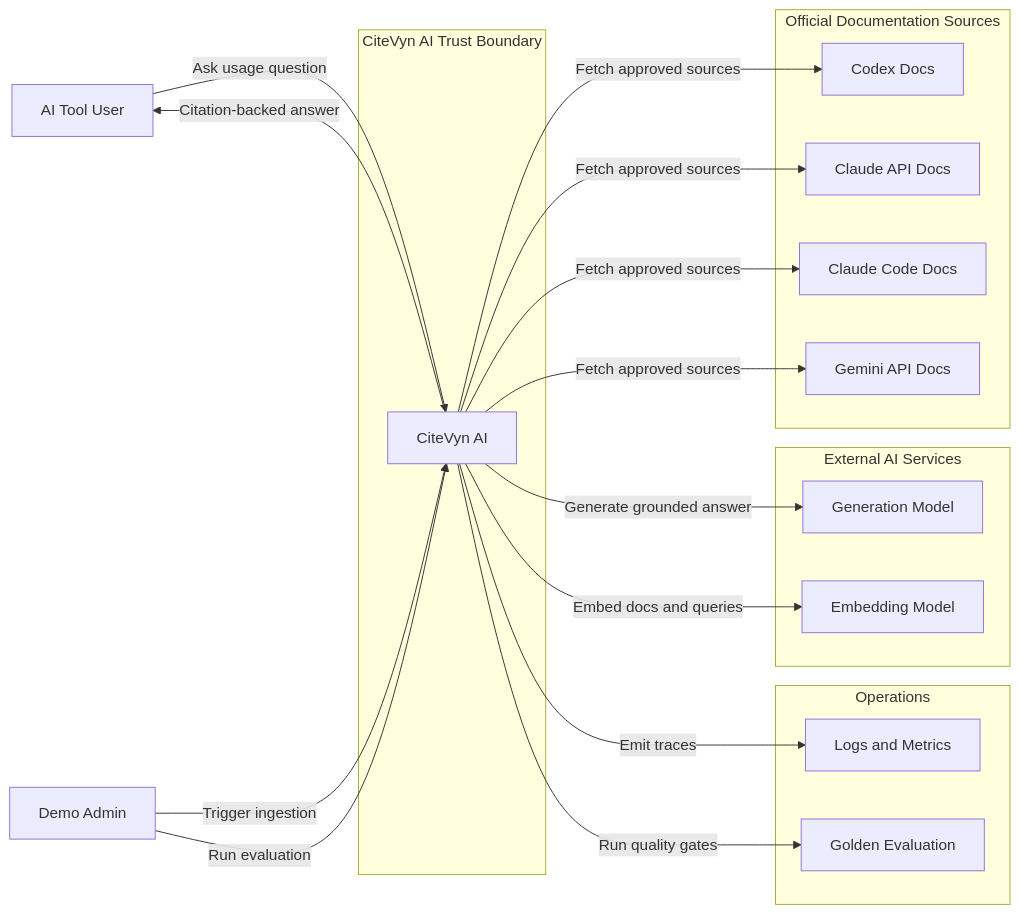
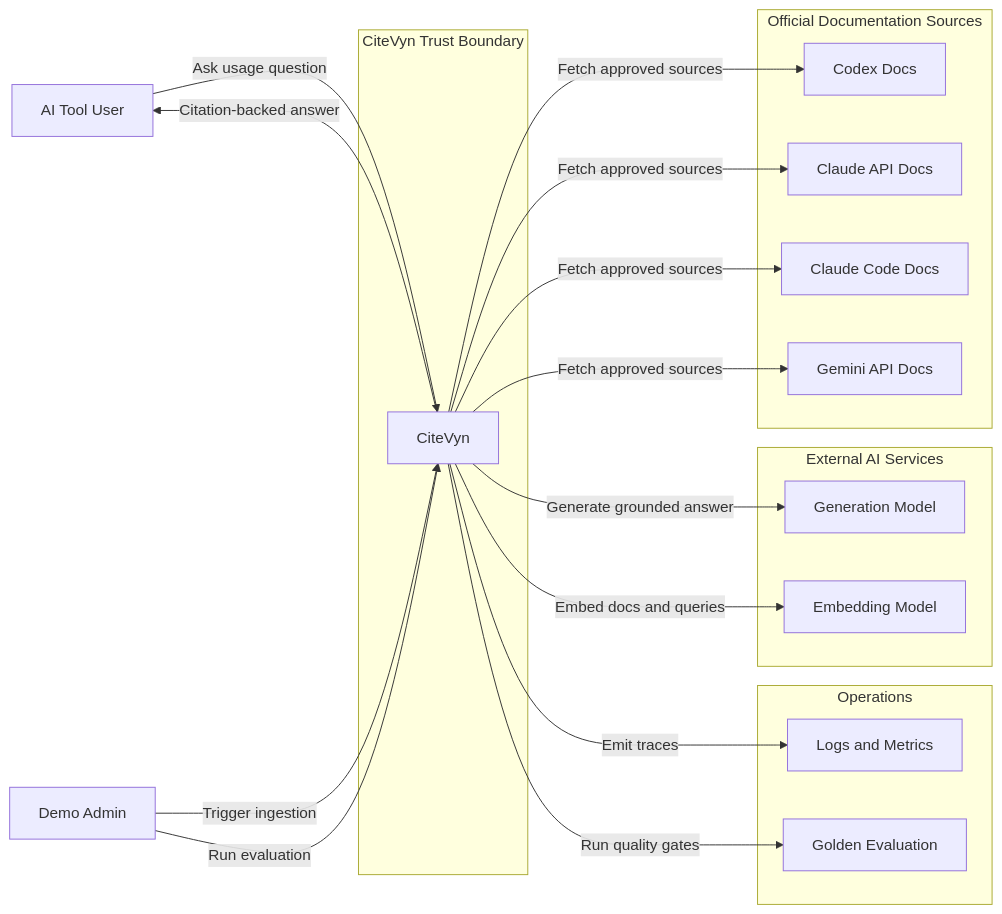
Before and after one commit to imrohitagrawal/citevyn: the diagram in diagrams/01-system-context.md, drawn with Mermaid. The commit also changed other lines of this file and 47 other files, not shown here.

````diff
--- a/diagrams/01-system-context.md
+++ b/diagrams/01-system-context.md
@@ -17,43 +17,43 @@
 ```mermaid
 flowchart LR
     user[AI Tool User]
     admin[Demo Admin]
 
-    subgraph trusted["CiteVyn AI Trust Boundary"]
-        system[CiteVyn AI]
+    subgraph trusted["CiteVyn Trust Boundary"]
+        system[CiteVyn]
     end
 
     subgraph sources["Official Documentation Sources"]
         codex[Codex Docs]
         claude[Claude API Docs]
         claudeCode[Claude Code Docs]
         gemini[Gemini API Docs]
     end
 
     subgraph external["External AI Services"]
         genModel[Generation Model]
         embedModel[Embedding Model]
     end
 
     subgraph ops["Operations"]
         logs[Logs and Metrics]
         evals[Golden Evaluation]
     end
 
     user -->|Ask usage question| system
     system -->|Citation-backed answer| user
 
     admin -->|Trigger ingestion| system
     admin -->|Run evaluation| system
 
     system -->|Fetch approved sources| codex
     system -->|Fetch approved sources| claude
     system -->|Fetch approved sources| claudeCode
     system -->|Fetch approved sources| gemini
 
     system -->|Generate grounded answer| genModel
     system -->|Embed docs and queries| embedModel
 
     system -->|Emit traces| logs
     system -->|Run quality gates| evals
 ```
````
